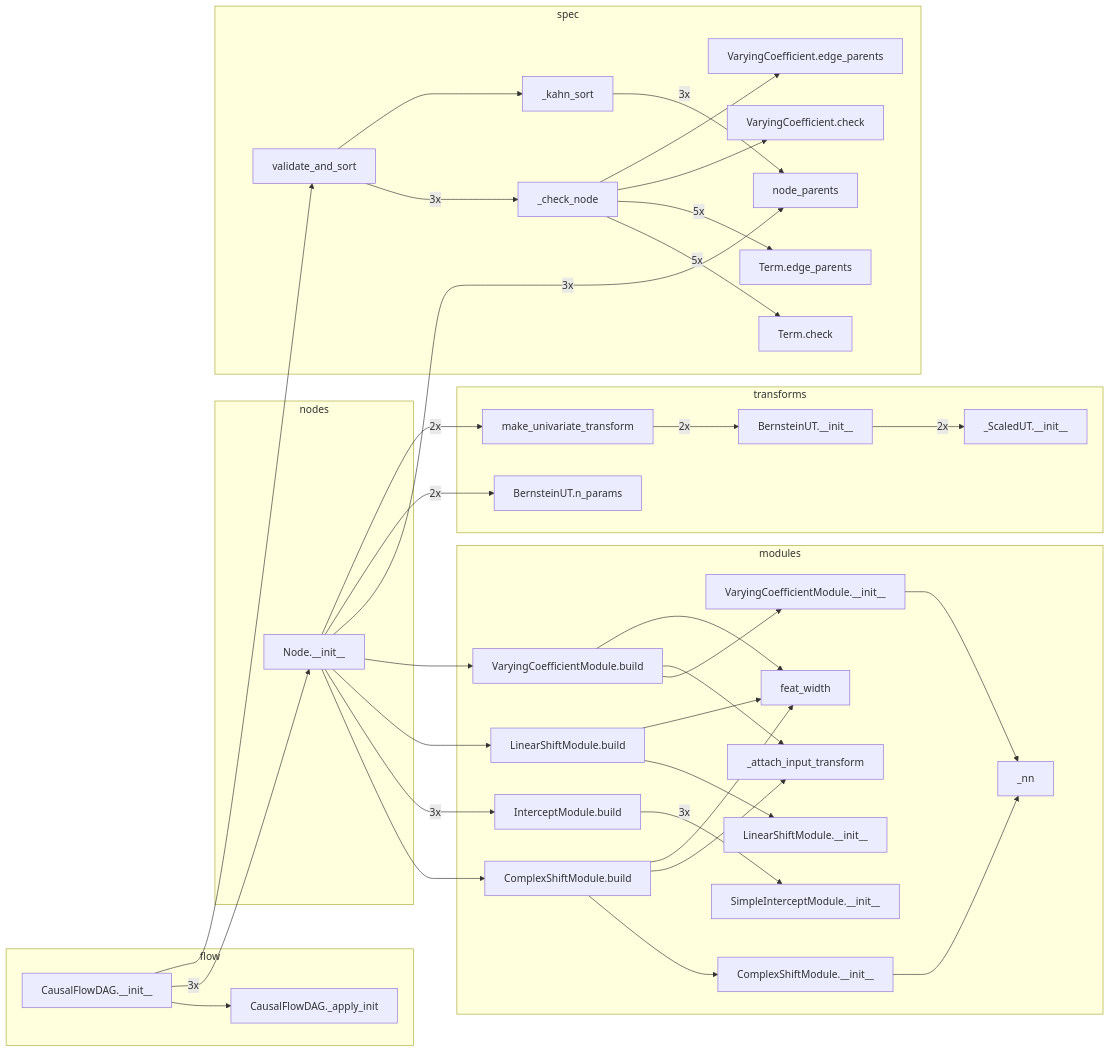
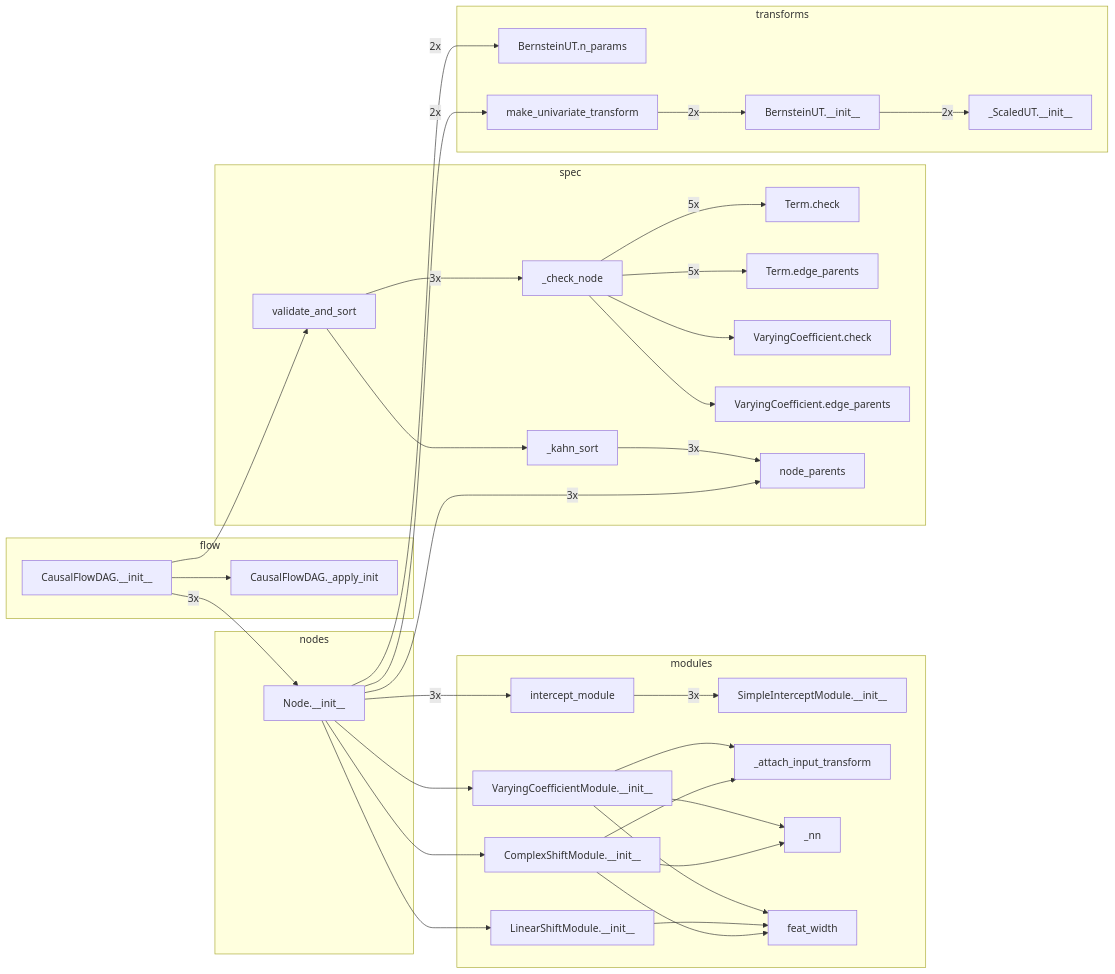
One commit to tensorchiefs/tramdag changed the fifth of 6 diagrams in docs/architecture.md. Above: the diagram before and after it, drawn with Mermaid. The commit also changed other lines of this file and 8 other files, not shown here.

````diff
--- a/docs/architecture.md
+++ b/docs/architecture.md
@@ -303,69 +301,63 @@
 ```mermaid
 flowchart LR
   subgraph flow
     n0["CausalFlowDAG.__init__"]
     n1["CausalFlowDAG._apply_init"]
   end
   subgraph modules
     n4["ComplexShiftModule.__init__"]
-    n6["ComplexShiftModule.build"]
-    n9["InterceptModule.build"]
-    n12["LinearShiftModule.__init__"]
-    n11["LinearShiftModule.build"]
-    n10["SimpleInterceptModule.__init__"]
-    n13["VaryingCoefficientModule.__init__"]
-    n14["VaryingCoefficientModule.build"]
-    n7["_attach_input_transform"]
-    n5["_nn"]
-    n8["feat_width"]
+    n8["LinearShiftModule.__init__"]
+    n11["SimpleInterceptModule.__init__"]
+    n9["VaryingCoefficientModule.__init__"]
+    n5["_attach_input_transform"]
+    n6["_nn"]
+    n7["feat_width"]
+    n10["intercept_module"]
   end
   subgraph nodes
     n2["Node.__init__"]
   end
   subgraph spec
-    n19["Term.check"]
-    n20["Term.edge_parents"]
-    n21["VaryingCoefficient.check"]
-    n22["VaryingCoefficient.edge_parents"]
-    n18["_check_node"]
-    n23["_kahn_sort"]
-    n15["node_parents"]
+    n16["Term.check"]
+    n17["Term.edge_parents"]
+    n18["VaryingCoefficient.check"]
+    n19["VaryingCoefficient.edge_parents"]
+    n15["_check_node"]
+    n20["_kahn_sort"]
+    n12["node_parents"]
     n3["validate_and_sort"]
   end
   subgraph transforms
-    n24["BernsteinUT.__init__"]
-    n16["BernsteinUT.n_params"]
-    n25["_ScaledUT.__init__"]
-    n17["make_univariate_transform"]
+    n21["BernsteinUT.__init__"]
+    n13["BernsteinUT.n_params"]
+    n22["_ScaledUT.__init__"]
+    n14["make_univariate_transform"]
   end
     n0 --> n1
     n0 -- "3x" --> n2
     n0 --> n3
     n4 --> n5
-    n6 --> n4
-    n6 --> n7
-    n6 --> n8
-    n9 -- "3x" --> n10
-    n11 --> n12
-    n11 --> n8
-    n13 --> n5
-    n14 --> n13
-    n14 --> n7
-    n14 --> n8
-    n2 --> n6
-    n2 -- "3x" --> n9
-    n2 --> n11
-    n2 --> n14
-    n2 -- "3x" --> n15
-    n2 -- "2x" --> n16
-    n2 -- "2x" --> n17
-    n18 -- "5x" --> n19
-    n18 -- "5x" --> n20
-    n18 --> n21
-    n18 --> n22
-    n23 -- "3x" --> n15
-    n3 -- "3x" --> n18
-    n3 --> n23
-    n24 -- "2x" --> n25
-    n17 -- "2x" --> n24
+    n4 --> n6
+    n4 --> n7
+    n8 --> n7
+    n9 --> n5
+    n9 --> n6
+    n9 --> n7
+    n10 -- "3x" --> n11
+    n2 --> n4
+    n2 --> n8
+    n2 --> n9
+    n2 -- "3x" --> n10
+    n2 -- "3x" --> n12
+    n2 -- "2x" --> n13
+    n2 -- "2x" --> n14
+    n15 -- "5x" --> n16
+    n15 -- "5x" --> n17
+    n15 --> n18
+    n15 --> n19
+    n20 -- "3x" --> n12
+    n3 -- "3x" --> n15
+    n3 --> n20
+    n21 -- "2x" --> n22
+    n14 -- "2x" --> n21
 ```
````
